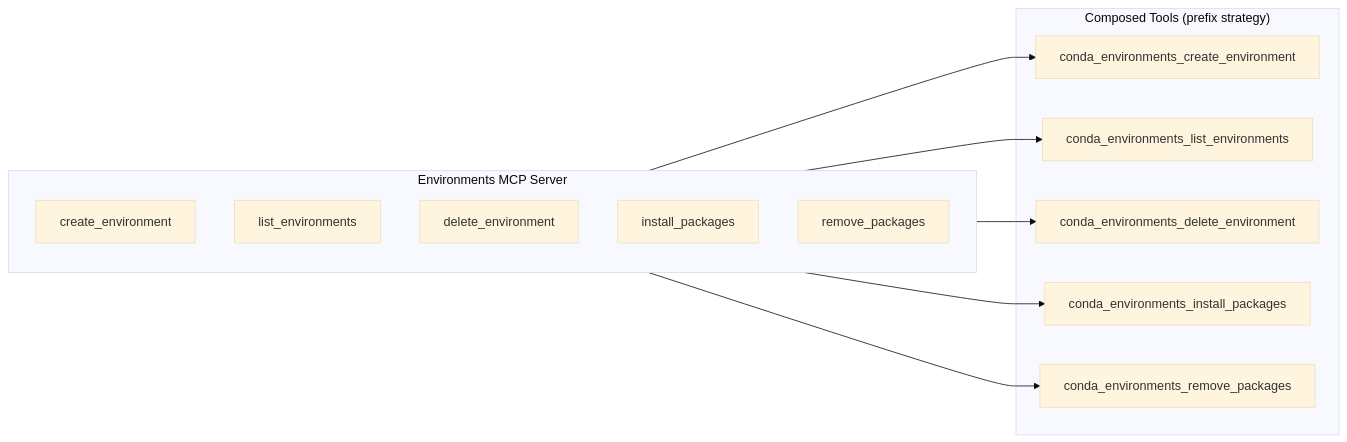
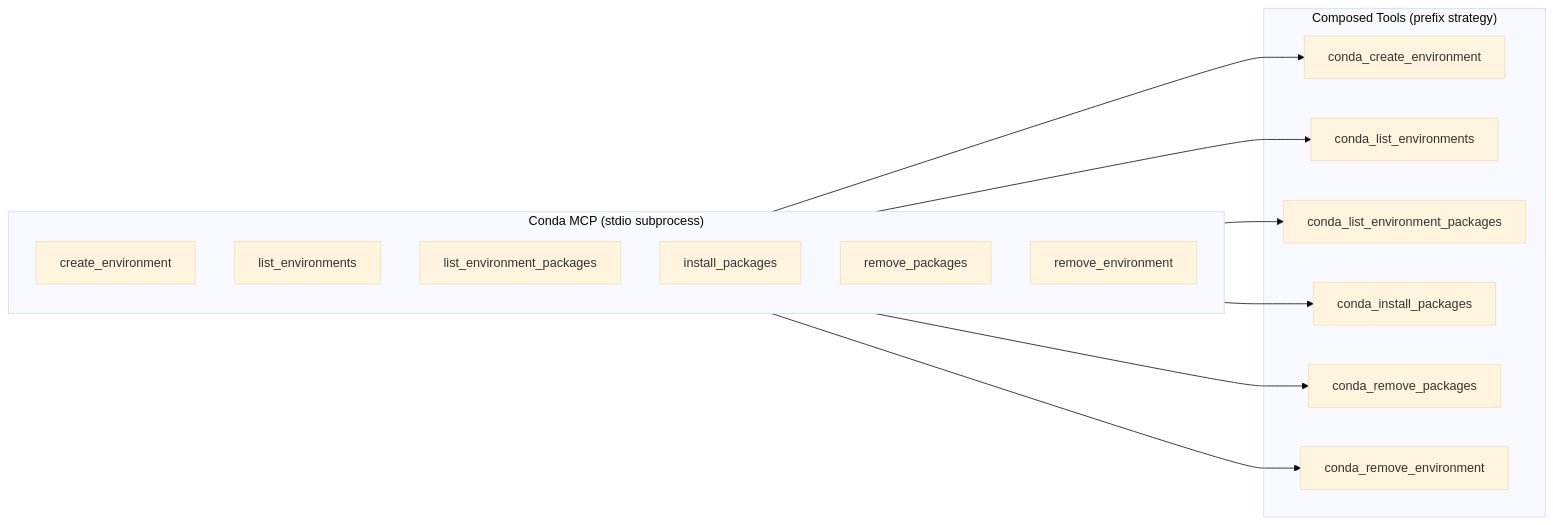
Before and after one commit to anaconda/anaconda-mcp: the third of 6 diagrams in docs/ARCHITECTURE.md, drawn with Mermaid (base theme). The commit also changed other lines of this file and 32 other files, not shown here.

````diff
--- a/docs/ARCHITECTURE.md
+++ b/docs/ARCHITECTURE.md
@@ -124,25 +124,28 @@
 ```mermaid
 graph LR
-    subgraph "Environments MCP Server"
+    subgraph "Conda MCP (stdio subprocess)"
         direction TB
         T1[create_environment]
         T2[list_environments]
-        T3[delete_environment]
+        T3[list_environment_packages]
         T4[install_packages]
         T5[remove_packages]
+        T6[remove_environment]
     end
 
     subgraph "Composed Tools (prefix strategy)"
-        CT1[conda_environments_create_environment]
-        CT2[conda_environments_list_environments]
-        CT3[conda_environments_delete_environment]
-        CT4[conda_environments_install_packages]
-        CT5[conda_environments_remove_packages]
+        CT1[conda_create_environment]
+        CT2[conda_list_environments]
+        CT3[conda_list_environment_packages]
+        CT4[conda_install_packages]
+        CT5[conda_remove_packages]
+        CT6[conda_remove_environment]
     end
 
     T1 --> CT1
     T2 --> CT2
     T3 --> CT3
     T4 --> CT4
     T5 --> CT5
+    T6 --> CT6
 ```
````
